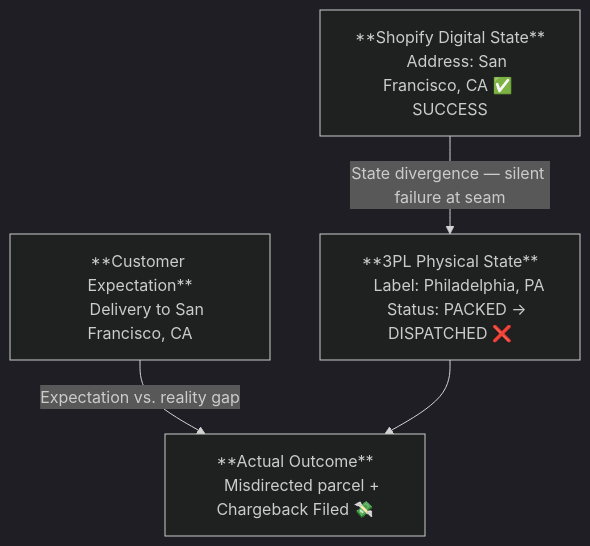
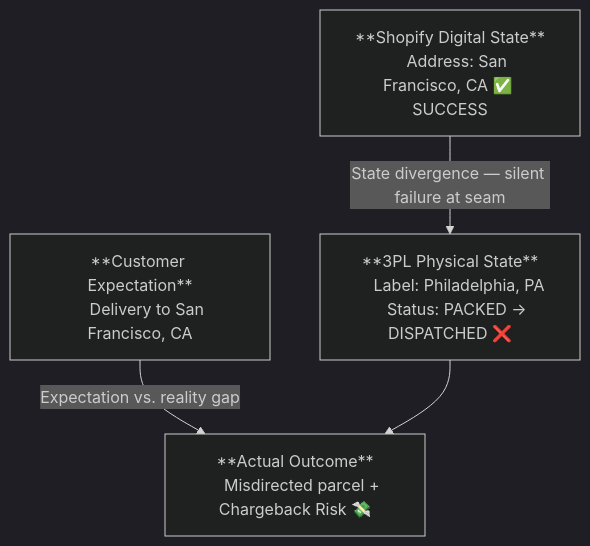
One commit to riovicsusas/portfolio changed the diagram in capstone/MasterDossier-Capstone-AsynchronousOrderMutation.md. Above: the diagram before and after it, drawn with Mermaid (dark theme). The commit also changed other lines of this file and 1 other file, not shown here.

````diff
--- a/capstone/MasterDossier-Capstone-AsynchronousOrderMutation.md
+++ b/capstone/MasterDossier-Capstone-AsynchronousOrderMutation.md
@@ -38,19 +38,19 @@
 ```mermaid
 flowchart TD
     SD["**Shopify Digital State**
     Address: San Francisco, CA ✅ SUCCESS"]
 
     PH["**3PL Physical State**
     Label: Philadelphia, PA
     Status: PACKED → DISPATCHED ❌"]
 
     CE["**Customer Expectation**
     Delivery to San Francisco, CA"]
 
     AO["**Actual Outcome**
-    Misdirected parcel + Chargeback Filed 💸"]
+    Misdirected parcel + Chargeback Risk 💸"]
 
     SD -->|"State divergence — silent failure at seam"| PH
     CE -->|"Expectation vs. reality gap"| AO
     PH --> AO
 ```
````
